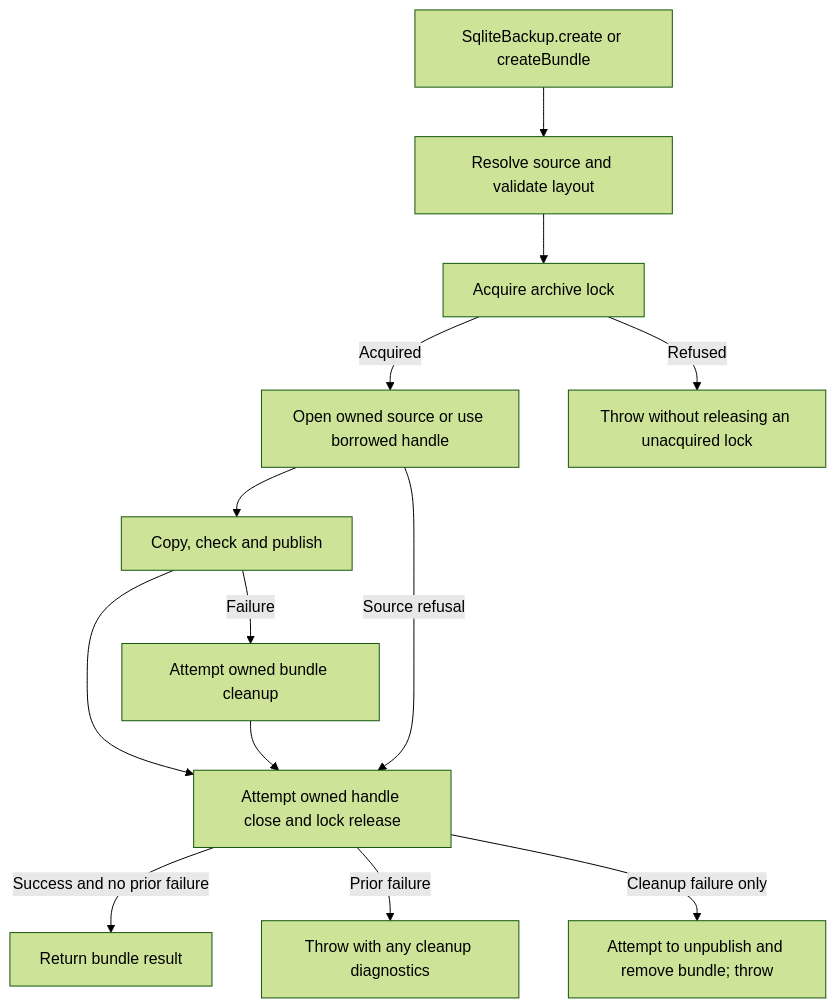
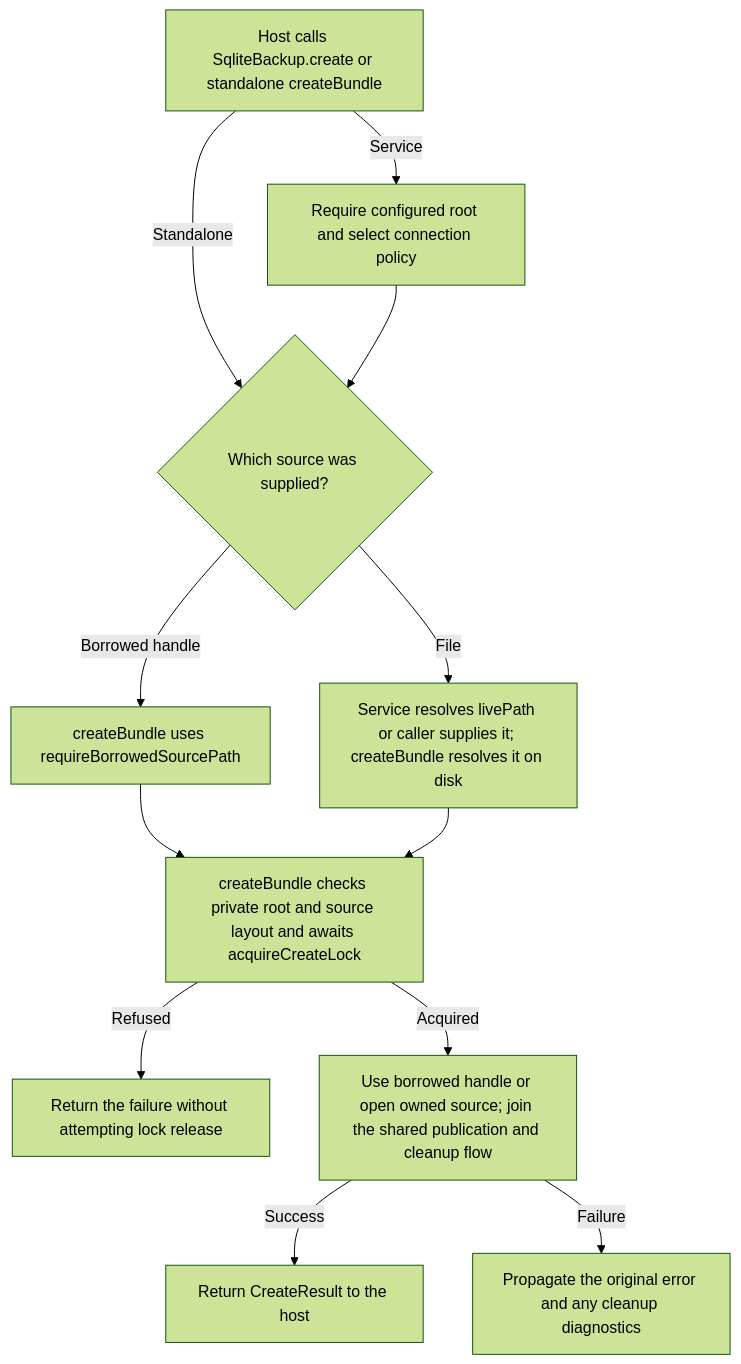
One commit to Kevinjohn/oss-adonisjs-sqlite-backup changed the second of 2 diagrams in user-stories/integration/us-int-01-programmatic-backups.md. Above: the diagram before and after it, drawn with Mermaid (forest theme). The commit also changed other lines of this file and 8 other files, not shown here.

````diff
--- a/user-stories/integration/us-int-01-programmatic-backups.md
+++ b/user-stories/integration/us-int-01-programmatic-backups.md
@@ -31,15 +35,14 @@
 ```mermaid
 flowchart TD
-    A["SqliteBackup.create or createBundle"] --> B["Resolve source and validate layout"]
-    B --> C["Acquire archive lock"]
-    C -->|Acquired| D["Open owned source or use borrowed handle"]
-    C -->|Refused| X["Throw without releasing an unacquired lock"]
-    D --> E["Copy, check and publish"]
-    E --> F["Attempt owned handle close and lock release"]
-    D -->|Source refusal| F
-    E -->|Failure| G["Attempt owned bundle cleanup"]
-    G --> F
-    F -->|Success and no prior failure| H["Return bundle result"]
-    F -->|Prior failure| I["Throw with any cleanup diagnostics"]
-    F -->|Cleanup failure only| J["Attempt to unpublish and remove bundle; throw"]
+    A["Host calls SqliteBackup.create or standalone createBundle"] -->|Service| B["Require configured root and select connection policy"]
+    A -->|Standalone| C{"Which source was supplied?"}
+    B --> C
+    C -->|Borrowed handle| D["createBundle uses requireBorrowedSourcePath"]
+    C -->|File| E["Service resolves livePath or caller supplies it; createBundle resolves it on disk"]
+    D --> F["createBundle checks private root and source layout and awaits acquireCreateLock"]
+    E --> F
+    F -->|Refused| X["Return the failure without attempting lock release"]
+    F -->|Acquired| G["Use borrowed handle or open owned source; join the shared publication and cleanup flow"]
+    G -->|Success| H["Return CreateResult to the host"]
+    G -->|Failure| I["Propagate the original error and any cleanup diagnostics"]
 ```
````
